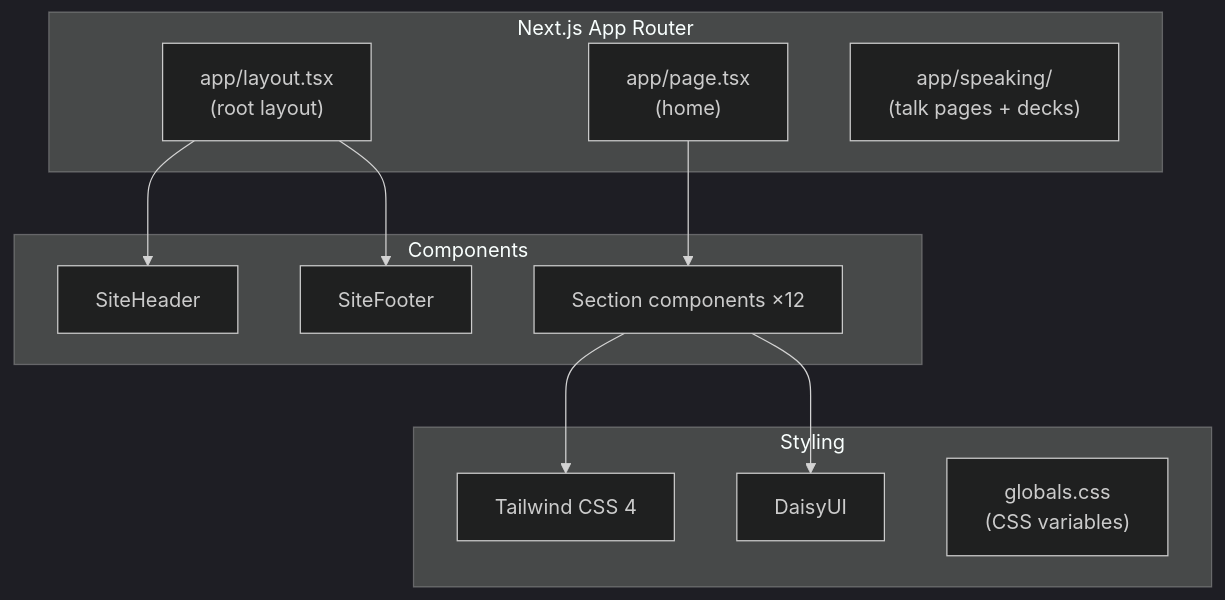
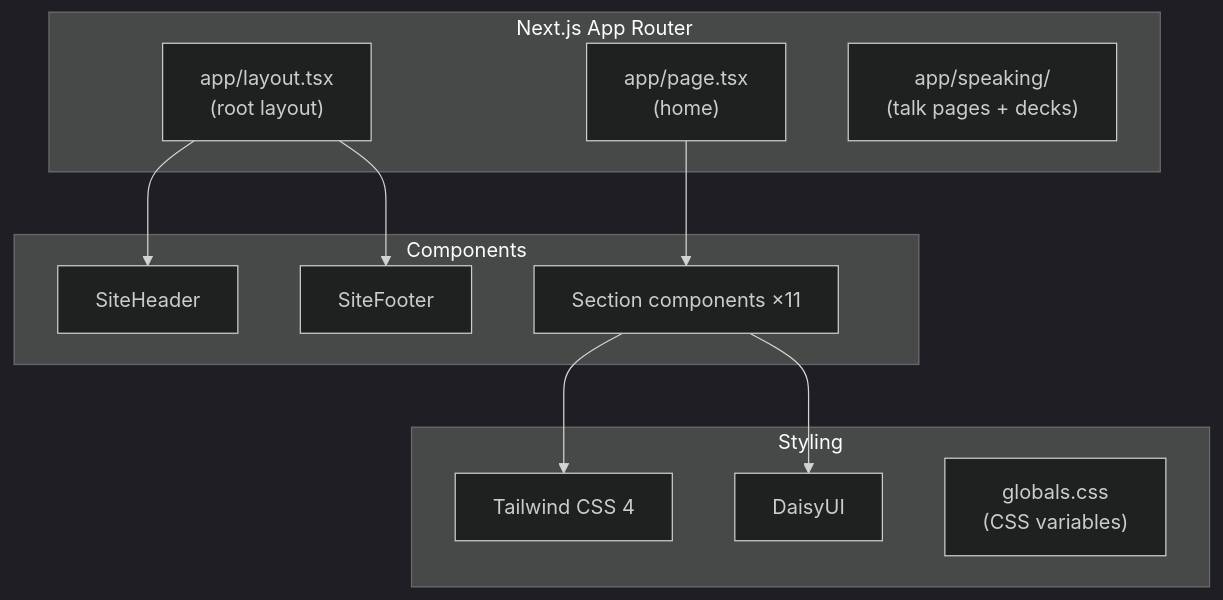
One commit to DevOpsKev/kevinryan-io changed the diagram in docs/sites/kevinryan-io.md. Above: the diagram before and after it, drawn with Mermaid (dark theme). The commit also changed other lines of this file and 45 other files, not shown here.

````diff
--- a/docs/sites/kevinryan-io.md
+++ b/docs/sites/kevinryan-io.md
@@ -23,24 +23,24 @@
 ```mermaid
 graph TD
     subgraph app["Next.js App Router"]
         layout["app/layout.tsx<br/>(root layout)"]
         home["app/page.tsx<br/>(home)"]
         speaking["app/speaking/<br/>(talk pages + decks)"]
     end
 
     subgraph components["Components"]
         header["SiteHeader"]
         footer["SiteFooter"]
-        sections["Section components ×12"]
+        sections["Section components ×11"]
     end
 
     subgraph styling["Styling"]
         tw["Tailwind CSS 4"]
         daisy["DaisyUI"]
         globals["globals.css<br/>(CSS variables)"]
     end
 
     layout --> header & footer
     home --> sections
     sections --> tw & daisy
 ```
````
